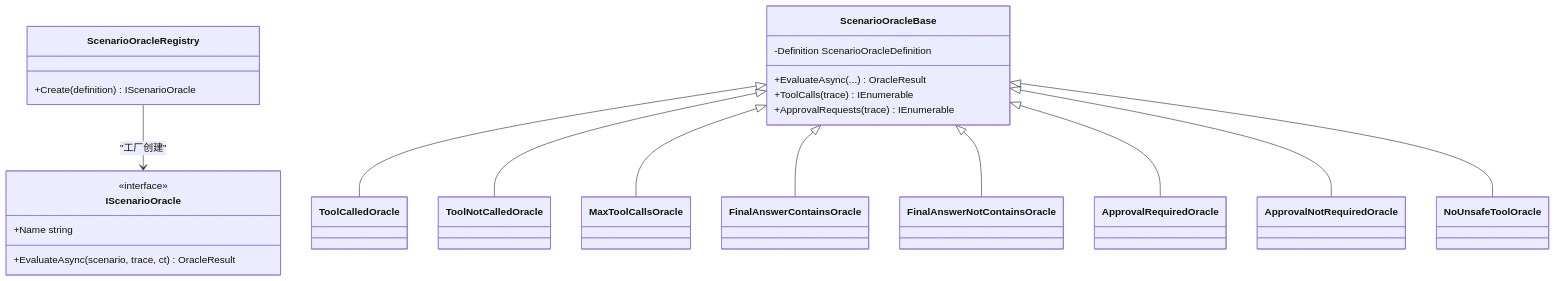
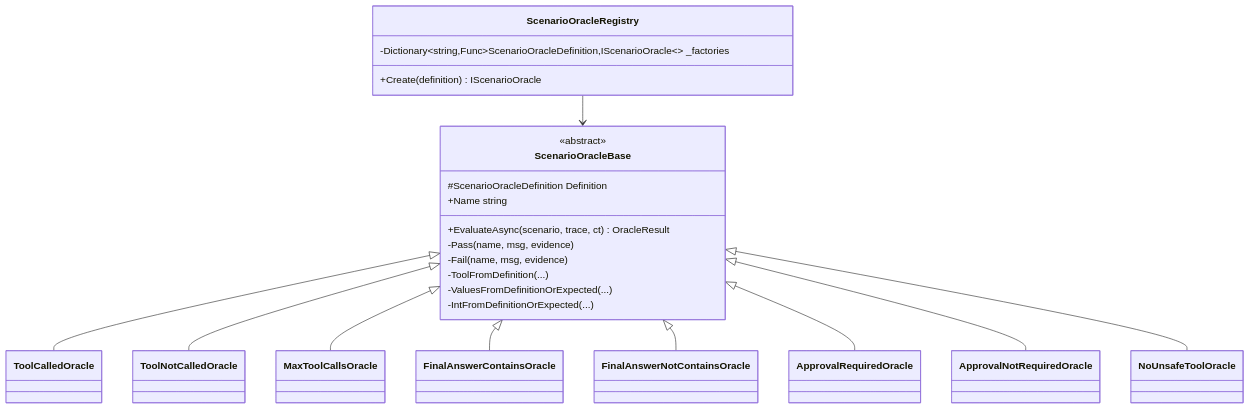
One commit to wayyet/kingcrab changed the fifth of 9 diagrams in .qoder/repowiki/zh/content/测试框架/测试框架.md. Above: the diagram before and after it, drawn with Mermaid. The commit also changed other lines of this file and 431 other files, not shown here.

````diff
--- a/.qoder/repowiki/zh/content/测试框架/测试框架.md
+++ b/.qoder/repowiki/zh/content/测试框架/测试框架.md
@@ -188,34 +242,35 @@
 ```mermaid
 classDiagram
 class ScenarioOracleRegistry {
+-Dictionary~string,Func~ScenarioOracleDefinition,IScenarioOracle~~ _factories
 +Create(definition) IScenarioOracle
 }
-class IScenarioOracle {
-<<interface>>
+class ScenarioOracleBase {
+<<abstract>>
+#ScenarioOracleDefinition Definition
 +Name string
 +EvaluateAsync(scenario, trace, ct) OracleResult
-}
-class ScenarioOracleBase {
--Definition ScenarioOracleDefinition
-+EvaluateAsync(...) OracleResult
-+ToolCalls(trace) IEnumerable
-+ApprovalRequests(trace) IEnumerable
+-Pass(name, msg, evidence)
+-Fail(name, msg, evidence)
+-ToolFromDefinition(...)
+-ValuesFromDefinitionOrExpected(...)
+-IntFromDefinitionOrExpected(...)
 }
 class ToolCalledOracle
 class ToolNotCalledOracle
 class MaxToolCallsOracle
 class FinalAnswerContainsOracle
 class FinalAnswerNotContainsOracle
 class ApprovalRequiredOracle
 class ApprovalNotRequiredOracle
 class NoUnsafeToolOracle
-ScenarioOracleRegistry --> IScenarioOracle : "工厂创建"
+ScenarioOracleRegistry --> ScenarioOracleBase
 ScenarioOracleBase <|-- ToolCalledOracle
 ScenarioOracleBase <|-- ToolNotCalledOracle
 ScenarioOracleBase <|-- MaxToolCallsOracle
 ScenarioOracleBase <|-- FinalAnswerContainsOracle
 ScenarioOracleBase <|-- FinalAnswerNotContainsOracle
 ScenarioOracleBase <|-- ApprovalRequiredOracle
 ScenarioOracleBase <|-- ApprovalNotRequiredOracle
 ScenarioOracleBase <|-- NoUnsafeToolOracle
 ```
````
